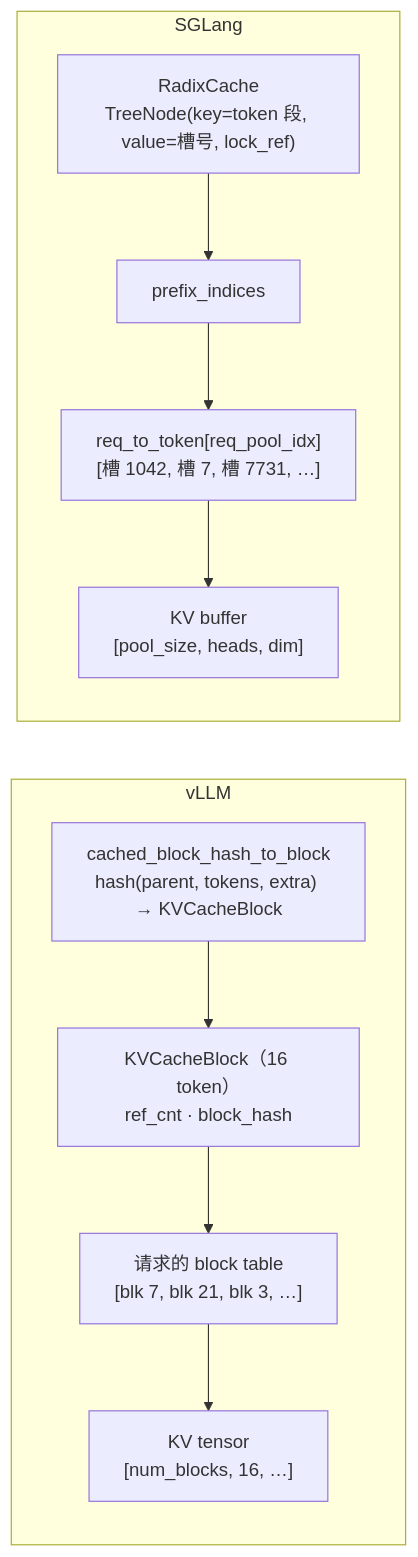
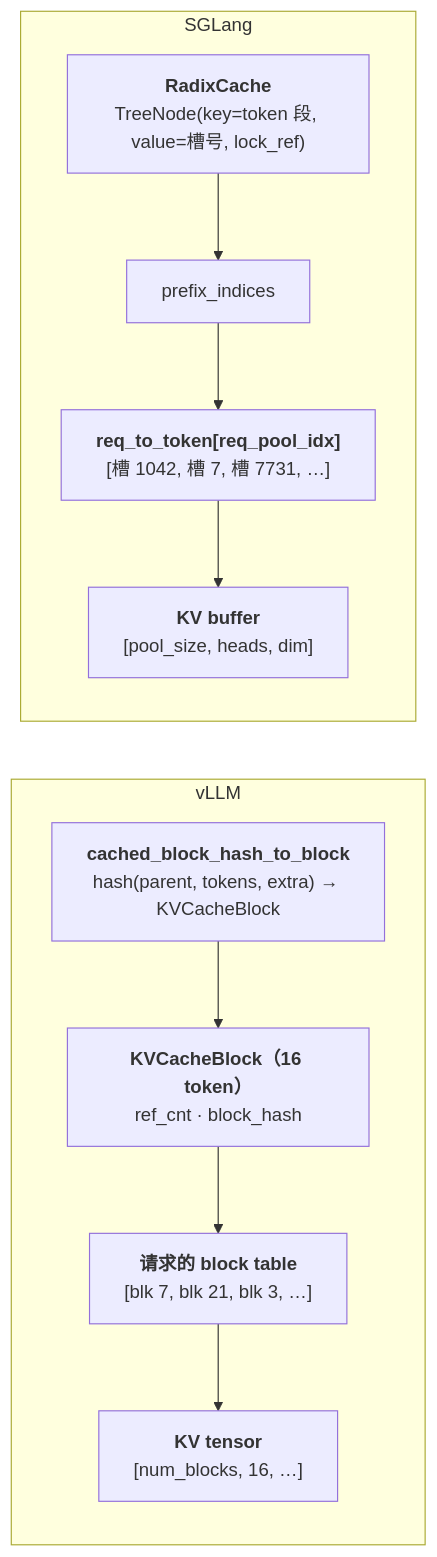
The fourth of 5 diagrams in _posts/2026-08-25-vllm-vs-sglang.md (arganzheng/arganzheng.github.com), drawn with Mermaid before and after one commit. The commit also changed other lines of this file and 14 other files, not shown here.

First line of the commit message:
大模型推理系统揭秘：从 vLLM 看 LLM Serving Infra 核心技术：Mermaid 多行方框的首行标为标题（15 篇）

````diff
--- a/_posts/2026-08-25-vllm-vs-sglang.md
+++ b/_posts/2026-08-25-vllm-vs-sglang.md
@@ -263,16 +263,16 @@
 ```mermaid
 %% 图：两种 KV 索引结构：vLLM 以块为单位、哈希链定位、请求持 block table；SGLang 以 token 槽为单位、基数树定位、请求在 req_to_token 矩阵里占一行
 flowchart LR
     subgraph VL["vLLM"]
         direction TB
-        VH["cached_block_hash_to_block<br/>hash(parent, tokens, extra) → KVCacheBlock"] --> VB["KVCacheBlock（16 token）<br/>ref_cnt · block_hash"]
-        VB --> VT["请求的 block table<br/>[blk 7, blk 21, blk 3, …]"]
-        VT --> VK["KV tensor<br/>[num_blocks, 16, …]"]
+        VH["<b>cached_block_hash_to_block</b><br/>hash(parent, tokens, extra) → KVCacheBlock"] --> VB["<b>KVCacheBlock（16 token）</b><br/>ref_cnt · block_hash"]
+        VB --> VT["<b>请求的 block table</b><br/>[blk 7, blk 21, blk 3, …]"]
+        VT --> VK["<b>KV tensor</b><br/>[num_blocks, 16, …]"]
     end
     subgraph SG["SGLang"]
         direction TB
-        SR["RadixCache<br/>TreeNode(key=token 段, value=槽号, lock_ref)"] --> SP["prefix_indices"]
-        SP --> ST["req_to_token[req_pool_idx]<br/>[槽 1042, 槽 7, 槽 7731, …]"]
-        ST --> SK["KV buffer<br/>[pool_size, heads, dim]"]
+        SR["<b>RadixCache</b><br/>TreeNode(key=token 段, value=槽号, lock_ref)"] --> SP["prefix_indices"]
+        SP --> ST["<b>req_to_token[req_pool_idx]</b><br/>[槽 1042, 槽 7, 槽 7731, …]"]
+        ST --> SK["<b>KV buffer</b><br/>[pool_size, heads, dim]"]
     end
 ```
````
